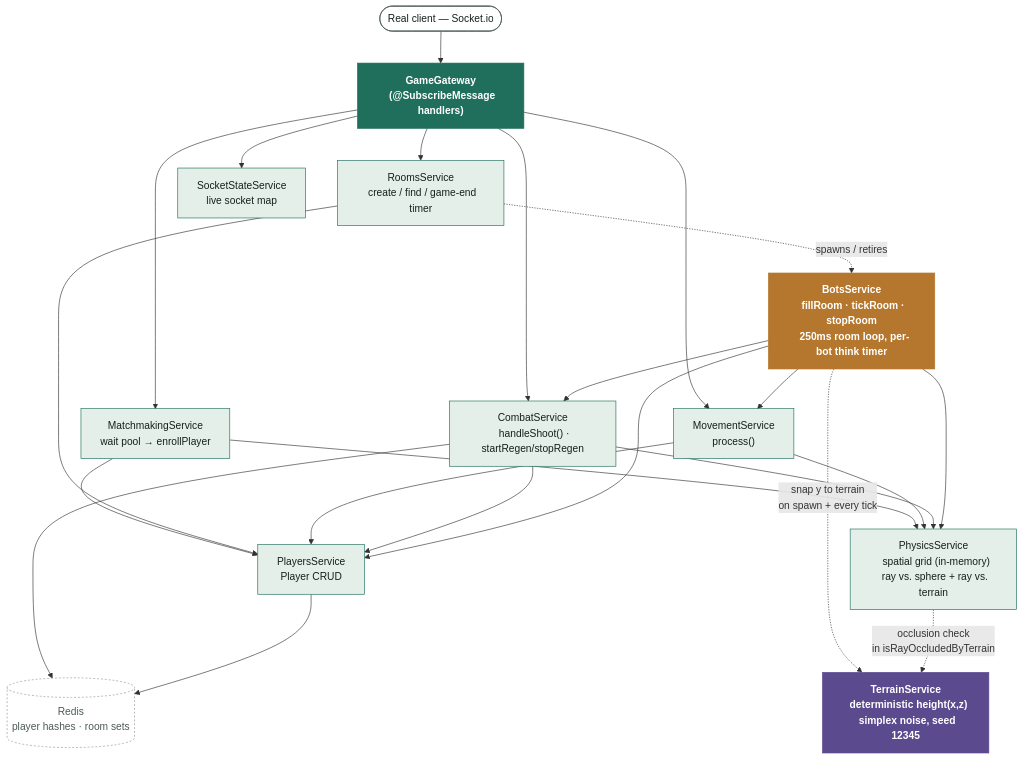
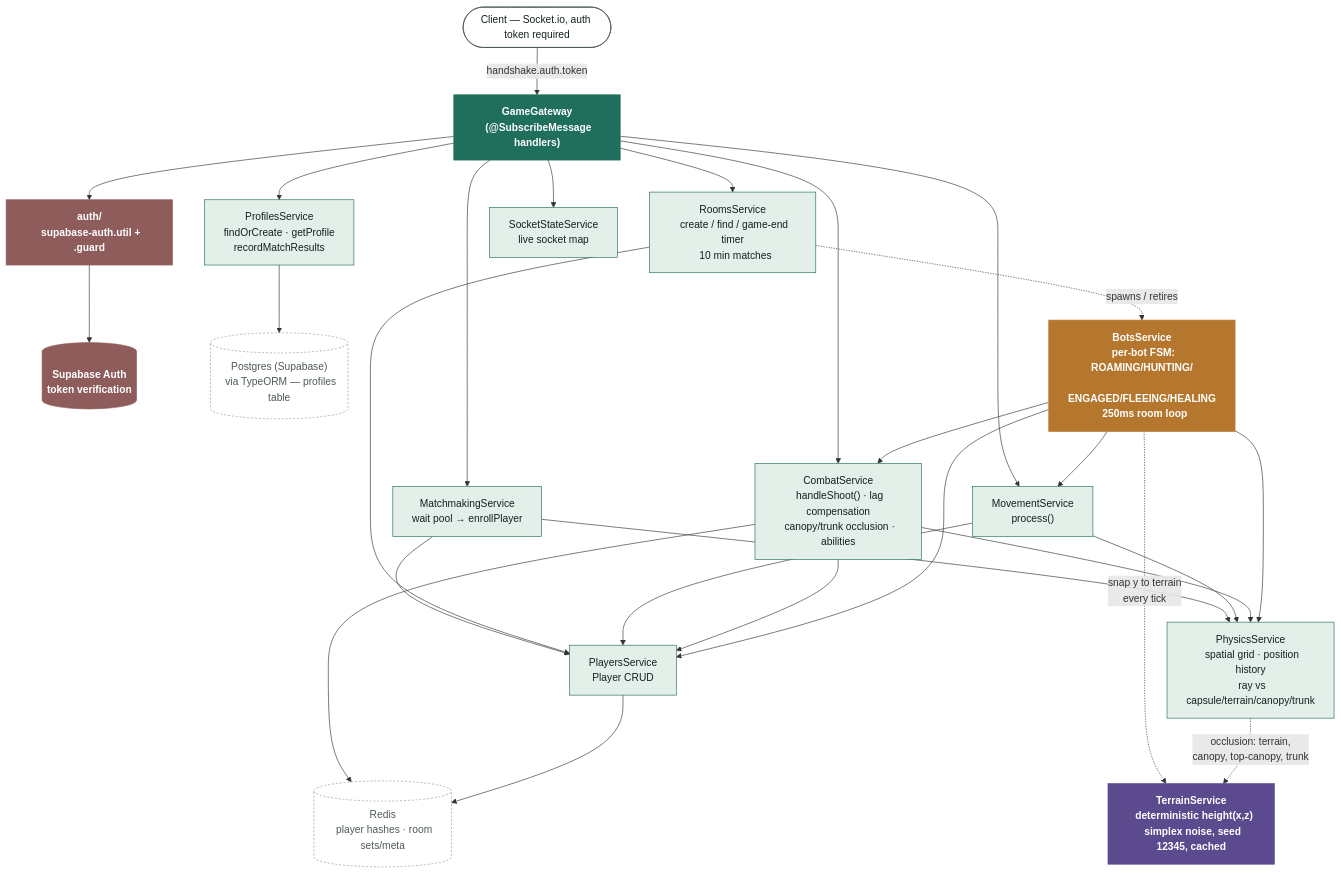
Before and after one commit to saifkp517/vynix: the diagram in server/MODULE_MAP.md, drawn with Mermaid. The commit also changed other lines of this file and 16 other files, not shown here.

````diff
--- a/server/MODULE_MAP.md
+++ b/server/MODULE_MAP.md
@@ -10,35 +12,52 @@
 ```mermaid
 flowchart TB
-  Client(["Real client — Socket.io"])
+  Client(["Client — Socket.io, auth token required"])
+  Supabase[("Supabase Auth
+  token verification")]
   Gateway["GameGateway
   (@SubscribeMessage handlers)"]
+
+  Auth["auth/
+  supabase-auth.util + .guard"]
+  Profiles["ProfilesService
+  findOrCreate · getProfile
+  recordMatchResults"]
+  DB[("Postgres (Supabase)
+  via TypeORM — profiles table")]
 
   Matchmaking["MatchmakingService
   wait pool → enrollPlayer"]
   Rooms["RoomsService
-  create / find / game-end timer"]
+  create / find / game-end timer
+  10 min matches"]
   SocketState["SocketStateService
   live socket map"]
   Movement["MovementService
   process()"]
   Combat["CombatService
-  handleShoot() · startRegen/stopRegen"]
+  handleShoot() · lag compensation
+  canopy/trunk occlusion · abilities"]
   Bots["BotsService
-  fillRoom · tickRoom · stopRoom
-  250ms room loop, per-bot think timer"]
+  per-bot FSM: ROAMING/HUNTING/
+  ENGAGED/FLEEING/HEALING
+  250ms room loop"]
 
   Players["PlayersService
   Player CRUD"]
   Physics["PhysicsService
-  spatial grid (in-memory)
-  ray vs. sphere + ray vs. terrain"]
+  spatial grid · position history
+  ray vs capsule/terrain/canopy/trunk"]
   Terrain["TerrainService
   deterministic height(x,z)
-  simplex noise, seed 12345"]
+  simplex noise, seed 12345, cached"]
   Redis[("Redis
-  player hashes · room sets")]
+  player hashes · room sets/meta")]
 
-  Client --> Gateway
+  Client -- "handshake.auth.token" --> Gateway
+  Gateway --> Auth
+  Auth --> Supabase
+  Gateway --> Profiles
+  Profiles --> DB
   Gateway --> SocketState
   Gateway --> Matchmaking
   Gateway --> Rooms
@@ -49,7 +68,7 @@
   Bots --> Movement
   Bots --> Combat
   Bots -. "snap y to terrain
-  on spawn + every tick" .-> Terrain
+  every tick" .-> Terrain
 
   Matchmaking --> Players
   Matchmaking --> Physics
@@ -62,8 +81,8 @@
   Players --> Redis
   Bots --> Players
   Bots --> Physics
-  Physics -. "occlusion check
-  in isRayOccludedByTerrain" .-> Terrain
+  Physics -. "occlusion: terrain,
+  canopy, top-canopy, trunk" .-> Terrain
 
   classDef gateway fill:#1f6f5c,stroke:#1f6f5c,color:#fff,font-weight:600;
   classDef service fill:#e4efe9,stroke:#1f6f5c,color:#14201d;
@@ -71,11 +90,13 @@
   classDef terrain fill:#5c4a8f,stroke:#5c4a8f,color:#fff,font-weight:600;
   classDef data fill:none,stroke:#8b958f,color:#4d5a56,stroke-dasharray: 3 3;
   classDef client fill:none,stroke:#4d5a56,color:#14201d,stroke-width:1.5px;
+  classDef auth fill:#8f5c5c,stroke:#8f5c5c,color:#fff,font-weight:600;
 
   class Client client;
   class Gateway gateway;
-  class Matchmaking,Rooms,SocketState,Movement,Combat,Players,Physics service;
+  class Matchmaking,Rooms,SocketState,Movement,Combat,Players,Physics,Profiles service;
   class Bots bot;
   class Terrain terrain;
-  class Redis data;
+  class Redis,DB data;
+  class Auth,Supabase auth;
 ```
````
